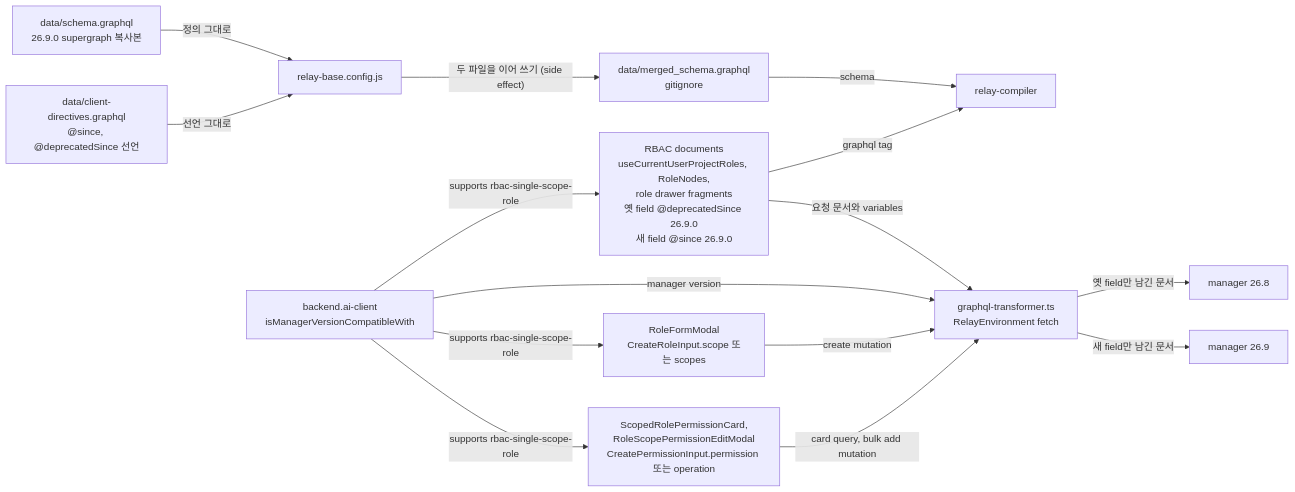
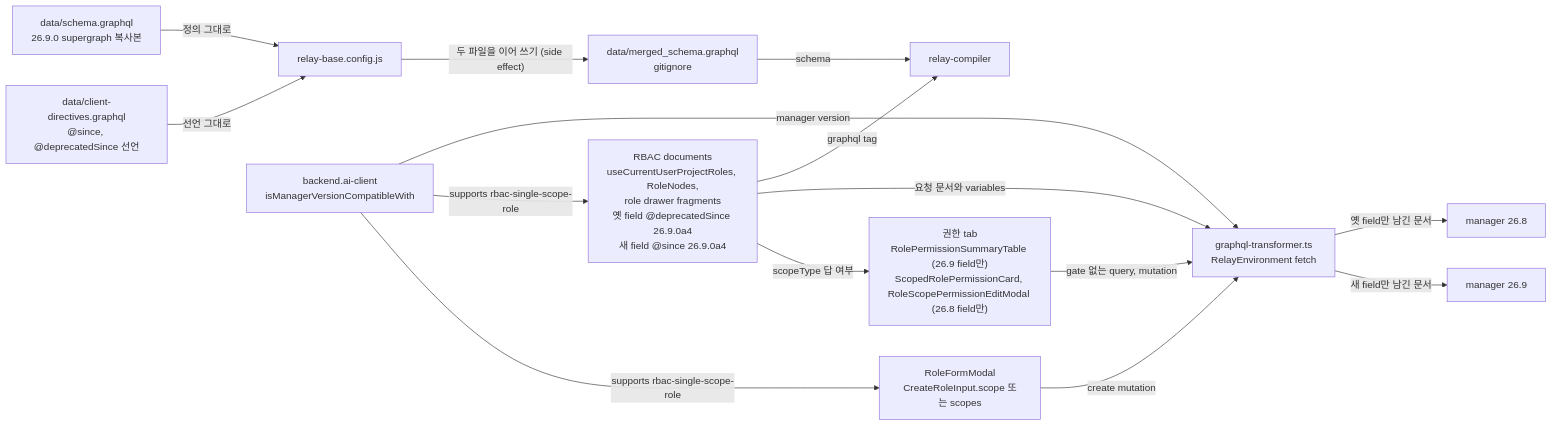
The diagram in docs/adr/0006-version-gated-field-pairs-across-manager-versions.md (lablup/backend.ai-webui), drawn with Mermaid before and after one commit. The commit also changed other lines of this file and 46 other files, not shown here.

First line of the commit message:
feat(FR-3957): show the single-scope role as a permission summary with row-level editing

````diff
--- a/docs/adr/0006-version-gated-field-pairs-across-manager-versions.md
+++ b/docs/adr/0006-version-gated-field-pairs-across-manager-versions.md
@@ -35,29 +35,29 @@
 ```mermaid
 flowchart LR
   supergraph["data/schema.graphql<br/>26.9.0 supergraph 복사본"]
   directives["data/client-directives.graphql<br/>@since, @deprecatedSince 선언"]
   config["relay-base.config.js"]
   merged["data/merged_schema.graphql<br/>gitignore"]
   compiler["relay-compiler"]
-  hook["RBAC documents<br/>useCurrentUserProjectRoles, RoleNodes,<br/>role drawer fragments<br/>옛 field @deprecatedSince 26.9.0<br/>새 field @since 26.9.0"]
+  hook["RBAC documents<br/>useCurrentUserProjectRoles, RoleNodes,<br/>role drawer fragments<br/>옛 field @deprecatedSince 26.9.0a4<br/>새 field @since 26.9.0a4"]
   form["RoleFormModal<br/>CreateRoleInput.scope 또는 scopes"]
-  permtab["ScopedRolePermissionCard,<br/>RoleScopePermissionEditModal<br/>CreatePermissionInput.permission 또는 operation"]
+  permtab["권한 tab<br/>RolePermissionSummaryTable (26.9 field만)<br/>ScopedRolePermissionCard, RoleScopePermissionEditModal (26.8 field만)"]
   transformer["graphql-transformer.ts<br/>RelayEnvironment fetch"]
   client["backend.ai-client<br/>isManagerVersionCompatibleWith"]
   old["manager 26.8"]
   new["manager 26.9"]
   supergraph -- "정의 그대로" --> config
   directives -- "선언 그대로" --> config
   config -- "두 파일을 이어 쓰기 (side effect)" --> merged
   merged -- "schema" --> compiler
   hook -- "graphql tag" --> compiler
   hook -- "요청 문서와 variables" --> transformer
   client -- "manager version" --> transformer
   client -- "supports rbac-single-scope-role" --> hook
   client -- "supports rbac-single-scope-role" --> form
-  client -- "supports rbac-single-scope-role" --> permtab
+  hook -- "scopeType 답 여부" --> permtab
   form -- "create mutation" --> transformer
-  permtab -- "card query, bulk add mutation" --> transformer
+  permtab -- "gate 없는 query, mutation" --> transformer
   transformer -- "옛 field만 남긴 문서" --> old
   transformer -- "새 field만 남긴 문서" --> new
 ```
````
